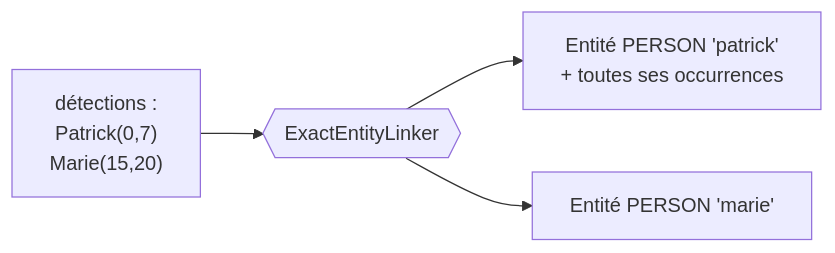
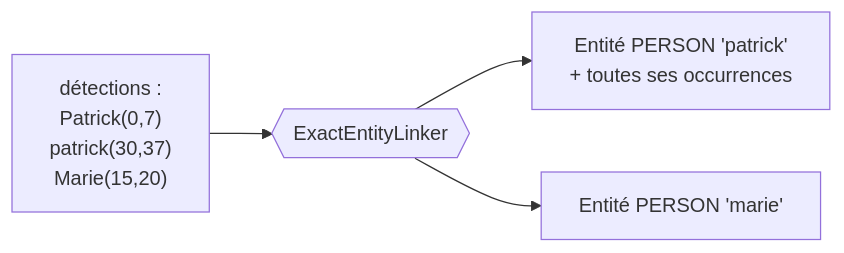
The second of 4 diagrams in docs/en/conception.md (Athroniaeth/piighost), drawn with Mermaid before and after one commit. The commit also changed other lines of this file and 57 other files, not shown here.

````diff
--- a/docs/en/conception.md
+++ b/docs/en/conception.md
@@ -107,6 +106,6 @@
 ```mermaid
 flowchart LR
-    D["détections :\nPatrick(0,7)\nMarie(15,20)"] --> L{{"ExactEntityLinker"}}
+    D["détections :\nPatrick(0,7)\npatrick(30,37)\nMarie(15,20)"] --> L{{"ExactEntityLinker"}}
     L --> E1["Entité PERSON 'patrick'\n+ toutes ses occurrences"]
     L --> E2["Entité PERSON 'marie'"]
 ```
````
